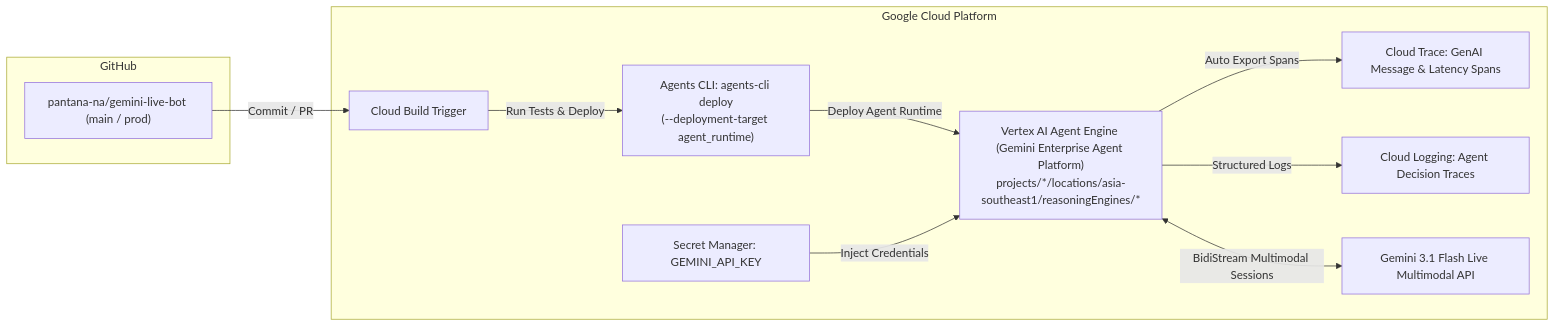
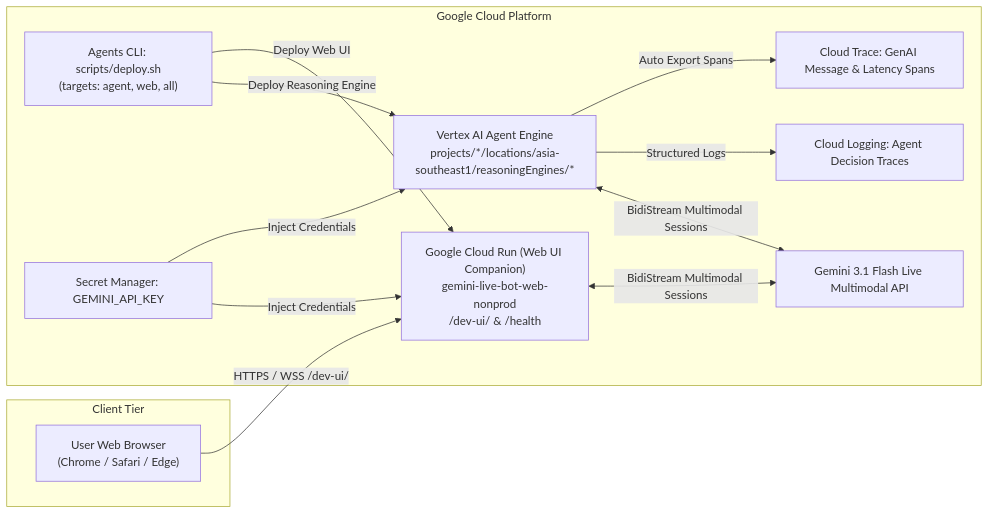
Before and after one commit to pantana-na/gemini-live-bot: the diagram in docs/gemini-live-bot-architecture.md, drawn with Mermaid. The commit also changed other lines of this file and 6 other files, not shown here.

Commit message:
feat(deploy): add Cloud Run ADK Web companion for browser testing with Rule 10 public ingress

````diff
--- a/docs/gemini-live-bot-architecture.md
+++ b/docs/gemini-live-bot-architecture.md
@@ -131,24 +132,26 @@
 ```mermaid
 flowchart LR
-    subgraph GitHub
-        Repo["pantana-na/gemini-live-bot (main / prod)"]
+    subgraph Client ["Client Tier"]
+        Browser["User Web Browser<br/>(Chrome / Safari / Edge)"]
     end
 
     subgraph Google Cloud Platform
-        CB[Cloud Build Trigger]
-        ACLI["Agents CLI: agents-cli deploy<br/>(--deployment-target agent_runtime)"]
-        VAE["Vertex AI Agent Engine (Gemini Enterprise Agent Platform)<br/>projects/*/locations/asia-southeast1/reasoningEngines/*"]
+        CR["Google Cloud Run (Web UI Companion)<br/>gemini-live-bot-web-nonprod<br/>/dev-ui/ & /health"]
+        ACLI["Agents CLI: scripts/deploy.sh<br/>(targets: agent, web, all)"]
+        VAE["Vertex AI Agent Engine<br/>projects/*/locations/asia-southeast1/reasoningEngines/*"]
         CT[Cloud Trace: GenAI Message & Latency Spans]
         CL[Cloud Logging: Agent Decision Traces]
         SM[Secret Manager: GEMINI_API_KEY]
         VAI[Gemini 3.1 Flash Live Multimodal API]
     end
 
-    Repo -->|Commit / PR| CB
-    CB -->|Run Tests & Deploy| ACLI
-    ACLI -->|Deploy Agent Runtime| VAE
+    Browser -->|HTTPS / WSS /dev-ui/| CR
+    ACLI -->|Deploy Web UI| CR
+    ACLI -->|Deploy Reasoning Engine| VAE
     SM -->|Inject Credentials| VAE
+    SM -->|Inject Credentials| CR
     VAE -->|Auto Export Spans| CT
     VAE -->|Structured Logs| CL
     VAE <-->|BidiStream Multimodal Sessions| VAI
+    CR <-->|BidiStream Multimodal Sessions| VAI
 ```
````
